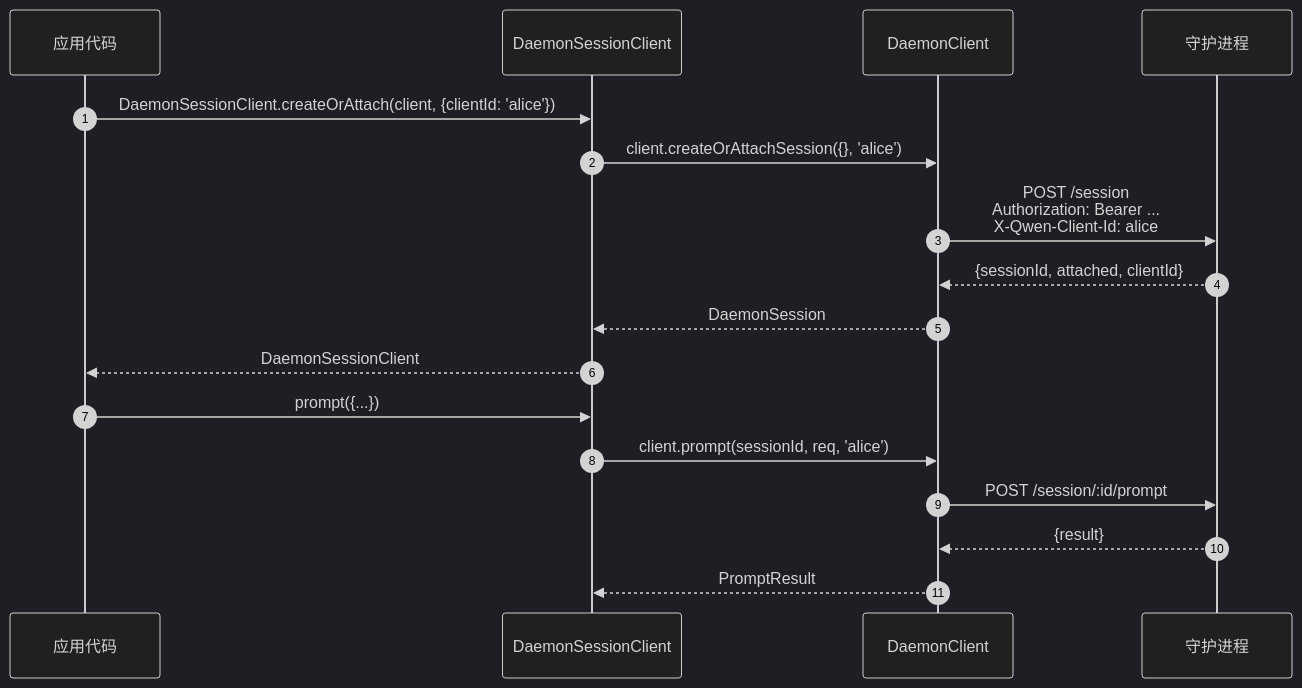
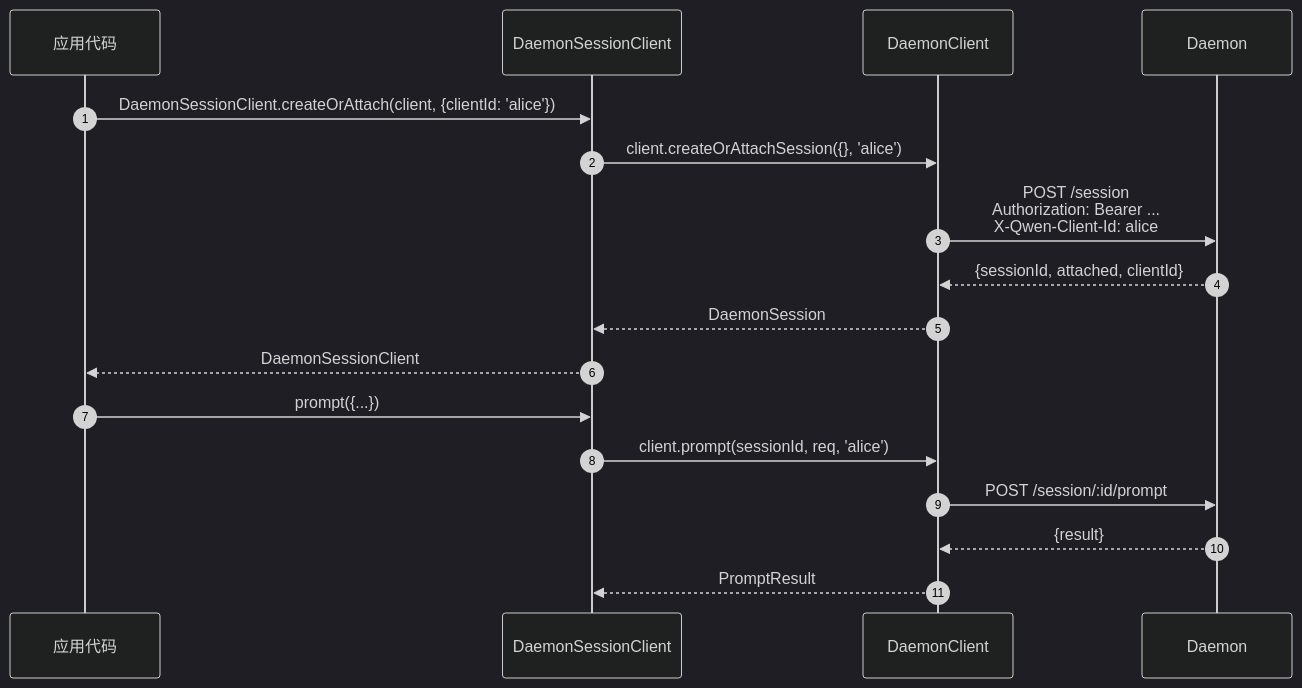
One commit to QwenLM/qwen-code-docs changed the first of 3 diagrams in website/content/zh/developers/daemon/13-sdk-daemon-client.md. Above: the diagram before and after it, drawn with Mermaid (dark theme). The commit also changed other lines of this file and 162 other files, not shown here.

````diff
--- a/website/content/zh/developers/daemon/13-sdk-daemon-client.md
+++ b/website/content/zh/developers/daemon/13-sdk-daemon-client.md
@@ -133,21 +133,21 @@
 ```mermaid
 sequenceDiagram
     autonumber
     participant App as 应用代码
     participant SC as DaemonSessionClient
     participant DC as DaemonClient
-    participant D as 守护进程
+    participant D as Daemon
 
     App->>SC: DaemonSessionClient.createOrAttach(client, {clientId: 'alice'})
     SC->>DC: client.createOrAttachSession({}, 'alice')
     DC->>D: POST /session<br/>Authorization: Bearer ...<br/>X-Qwen-Client-Id: alice
     D-->>DC: {sessionId, attached, clientId}
     DC-->>SC: DaemonSession
     SC-->>App: DaemonSessionClient
 
     App->>SC: prompt({...})
     SC->>DC: client.prompt(sessionId, req, 'alice')
     DC->>D: POST /session/:id/prompt
     D-->>DC: {result}
     DC-->>SC: PromptResult
 ```
````
